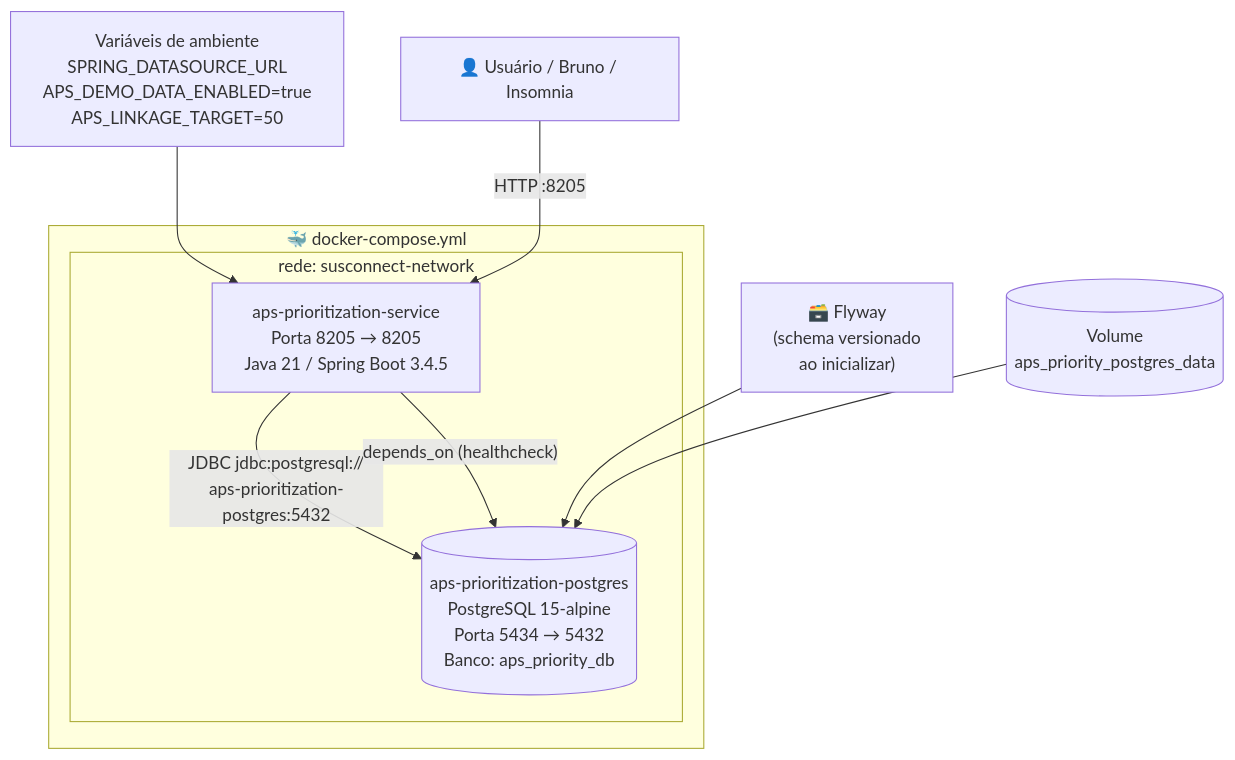
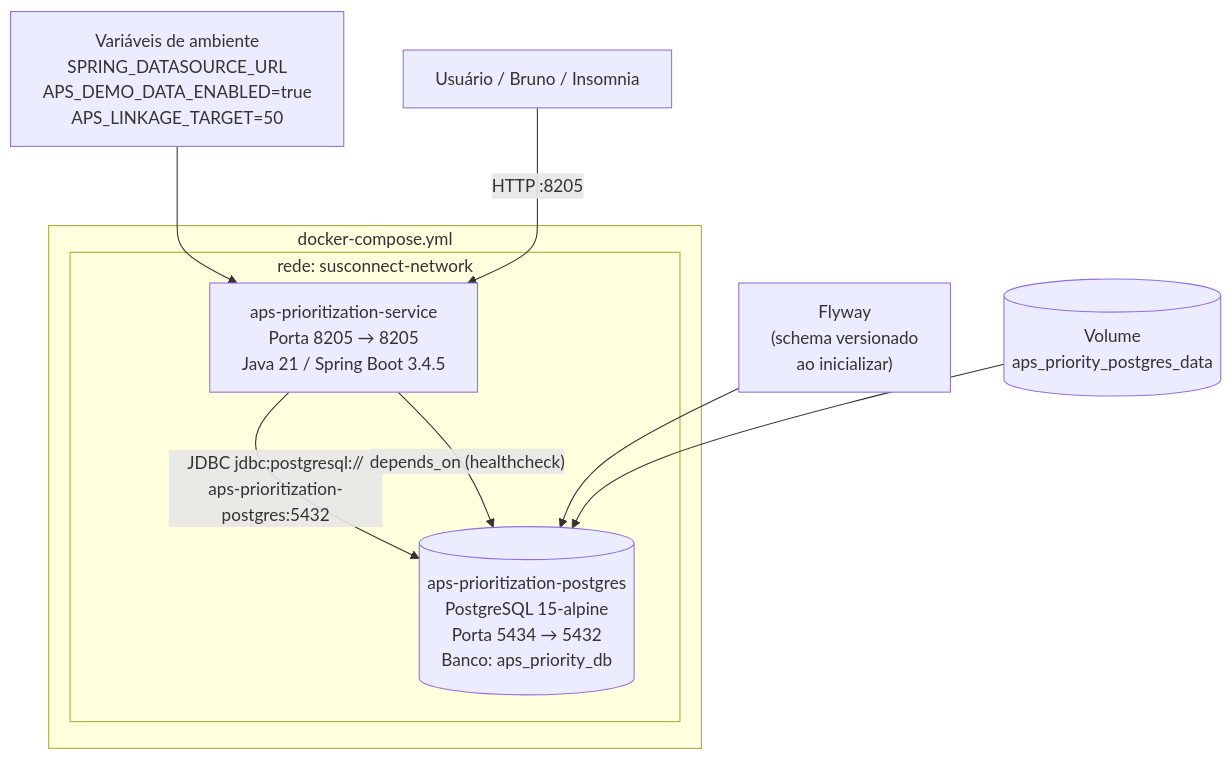
The diagram in docs/diagramas/architecture-implantacao.mmd (eps364/tech-challenge-fase-05), drawn with Mermaid before and after one commit. The commit also changed 15 other files, not shown here.

Commit message:
docs: remove ícones/emojis dos diagramas Mermaid

```diff
--- a/docs/diagramas/architecture-implantacao.mmd
+++ b/docs/diagramas/architecture-implantacao.mmd
@@ -1,20 +1,20 @@
 %% Implantação Docker - SUS-Connect APS MVP (Fase 05)
 
 graph TD
-    subgraph DockerCompose ["🐳 docker-compose.yml"]
+    subgraph DockerCompose ["docker-compose.yml"]
         subgraph NetSC ["rede: susconnect-network"]
             SVC["aps-prioritization-service\nPorta 8205 → 8205\nJava 21 / Spring Boot 3.4.5"]
             PG[("aps-prioritization-postgres\nPostgreSQL 15-alpine\nPorta 5434 → 5432\nBanco: aps_priority_db")]
         end
     end
 
     SVC -->|"JDBC jdbc:postgresql://\naps-prioritization-postgres:5432"| PG
     SVC -->|"depends_on (healthcheck)"| PG
 
-    Flyway["🗃️ Flyway\n(schema versionado\nao inicializar)"] --> PG
+    Flyway["Flyway\n(schema versionado\nao inicializar)"] --> PG
 
     ENV["Variáveis de ambiente\nSPRING_DATASOURCE_URL\nAPS_DEMO_DATA_ENABLED=true\nAPS_LINKAGE_TARGET=50"] --> SVC
 
     VOL[("Volume\naps_priority_postgres_data")] --> PG
 
-    Client["👤 Usuário / Bruno / Insomnia"] -->|"HTTP :8205"| SVC
+    Client["Usuário / Bruno / Insomnia"] -->|"HTTP :8205"| SVC
```
